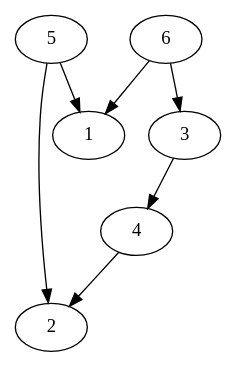
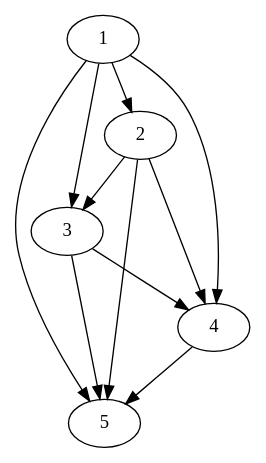
Before and after one commit to gabrieldickert/graphenundnetzwerke: the diagram in dot/test.dot, drawn with Graphviz. The commit also changed 3 other files, not shown here.

```diff
--- a/dot/test.dot
+++ b/dot/test.dot
@@ -1,8 +1,12 @@
 digraph g {
+1 -> 2
+1 -> 3
+1 -> 4
+1 -> 5
+2 -> 3
+2 -> 4
+2 -> 5
 3 -> 4
-4 -> 2
-5 -> 1
-5 -> 2
-6 -> 3
-6 -> 1
+3 -> 5
+4 -> 5
 }
```
